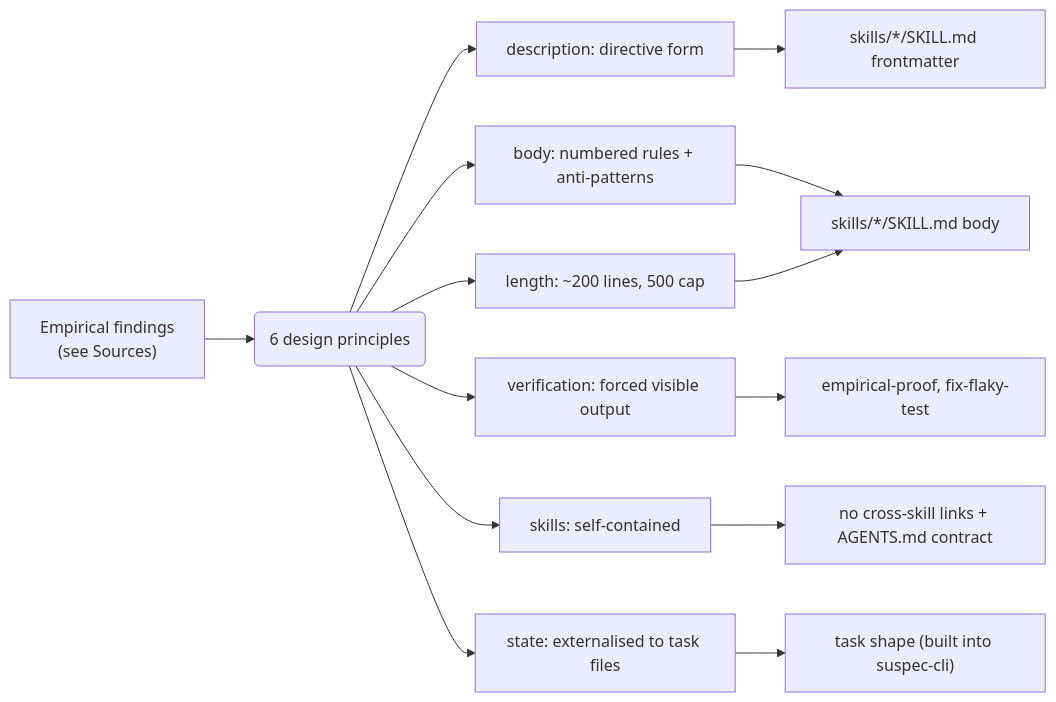
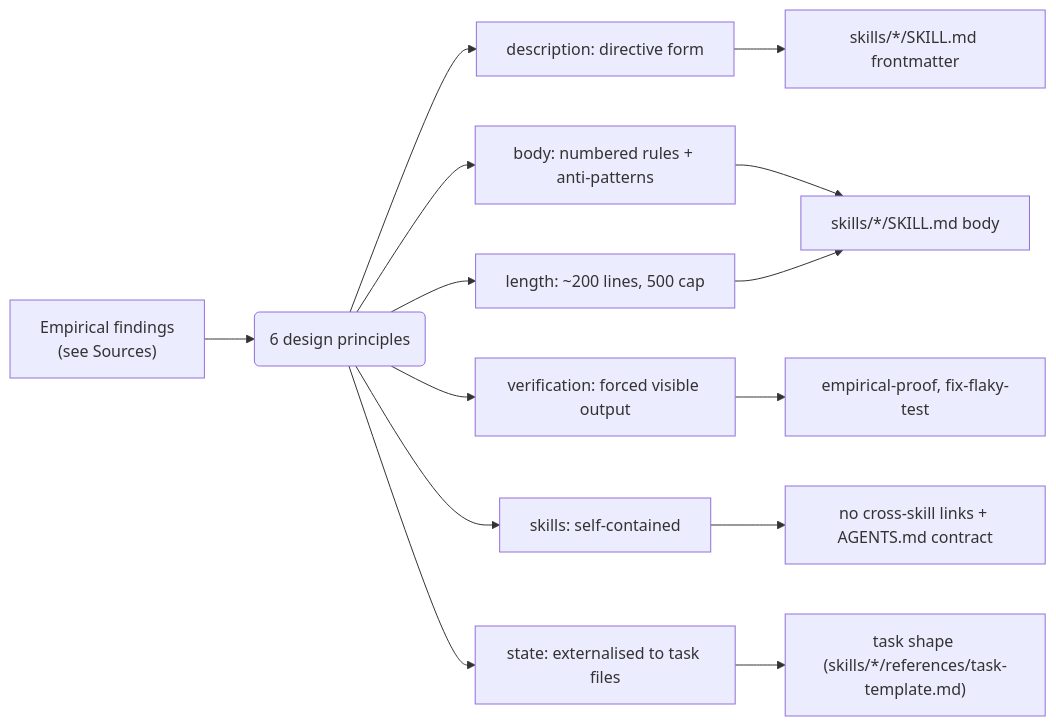
The diagram in docs/README.md (jcosta33/suspec-skills), drawn with Mermaid before and after one commit. The commit also changed 29 other files, not shown here.

````diff
--- a/docs/README.md
+++ b/docs/README.md
@@ -40,16 +40,16 @@
 ```mermaid
 flowchart LR
     A["Empirical findings<br/>(see Sources)"] --> B("6 design principles")
     B --> C1["description: directive form"]
     B --> C2["body: numbered rules + anti-patterns"]
     B --> C3["length: ~200 lines, 500 cap"]
     B --> C4["verification: forced visible output"]
     B --> C5["skills: self-contained"]
     B --> C6["state: externalised to task files"]
     C1 --> D1["skills/*/SKILL.md frontmatter"]
     C2 --> D2["skills/*/SKILL.md body"]
     C3 --> D2
     C4 --> D3["empirical-proof, fix-flaky-test"]
     C5 --> D4["no cross-skill links + AGENTS.md contract"]
-    C6 --> D5["task shape (built into suspec-cli)"]
+    C6 --> D5["task shape (skills/*/references/task-template.md)"]
 ```
````
